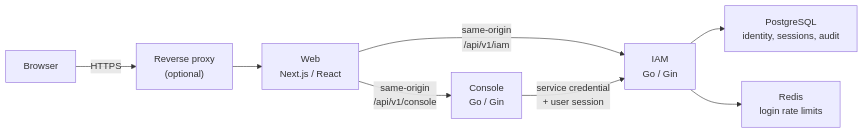
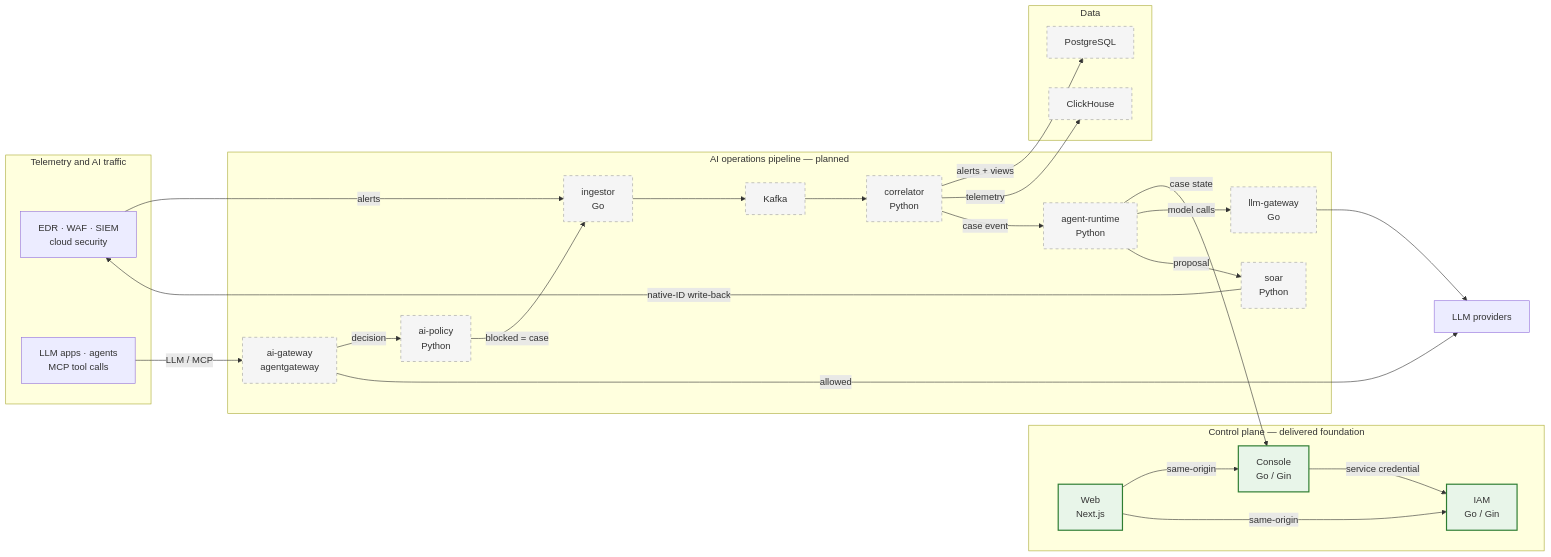
One commit to EayonLee/SecPlexus changed the first of 2 diagrams in README.md. Above: the diagram before and after it, drawn with Mermaid. The commit also changed other lines of this file and 4 other files, not shown here.

````diff
--- a/README.md
+++ b/README.md
@@ -64,10 +106,51 @@
 ```mermaid
 flowchart LR
-  B["Browser"] -->|"HTTPS"| P["Reverse proxy<br/>(optional)"]
-  P --> W["Web<br/>Next.js / React"]
-  W -->|"same-origin<br/>/api/v1/iam"| I["IAM<br/>Go / Gin"]
-  W -->|"same-origin<br/>/api/v1/console"| C["Console<br/>Go / Gin"]
-  C -->|"service credential<br/>+ user session"| I
-  I --> PG["PostgreSQL<br/>identity, sessions, audit"]
-  I --> R["Redis<br/>login rate limits"]
+  subgraph SRC["Telemetry and AI traffic"]
+    A["EDR · WAF · SIEM<br/>cloud security"]
+    U["LLM apps · agents<br/>MCP tool calls"]
+  end
+
+  subgraph CTRL["Control plane — delivered foundation"]
+    W["Web<br/>Next.js"]
+    C["Console<br/>Go / Gin"]
+    I["IAM<br/>Go / Gin"]
+  end
+
+  subgraph PIPE["AI operations pipeline — planned"]
+    ING["ingestor<br/>Go"]
+    K["Kafka"]
+    COR["correlator<br/>Python"]
+    AR["agent-runtime<br/>Python"]
+    LG["llm-gateway<br/>Go"]
+    SOAR["soar<br/>Python"]
+    AG["ai-gateway<br/>agentgateway"]
+    AIP["ai-policy<br/>Python"]
+  end
+
+  subgraph STORE["Data"]
+    PG["PostgreSQL"]
+    CH["ClickHouse"]
+  end
+
+  P["LLM providers"]
+
+  A -->|"alerts"| ING --> K --> COR
+  COR -->|"alerts + views"| PG
+  COR -->|"telemetry"| CH
+  COR -->|"case event"| AR
+  AR -->|"case state"| C
+  AR -->|"model calls"| LG --> P
+  U -->|"LLM / MCP"| AG -->|"decision"| AIP
+  AG -->|"allowed"| P
+  AIP -->|"blocked = case"| ING
+  AR -->|"proposal"| SOAR
+  SOAR -->|"native-ID write-back"| A
+  W -->|"same-origin"| C
+  W -->|"same-origin"| I
+  C -->|"service credential"| I
+
+  classDef delivered fill:#e8f5e9,stroke:#2e7d32,stroke-width:2px
+  classDef planned fill:#f5f5f5,stroke:#9e9e9e,stroke-width:1px,stroke-dasharray: 5 5
+  class W,C,I delivered
+  class ING,K,COR,AR,LG,SOAR,AG,AIP,PG,CH planned
 ```
````
